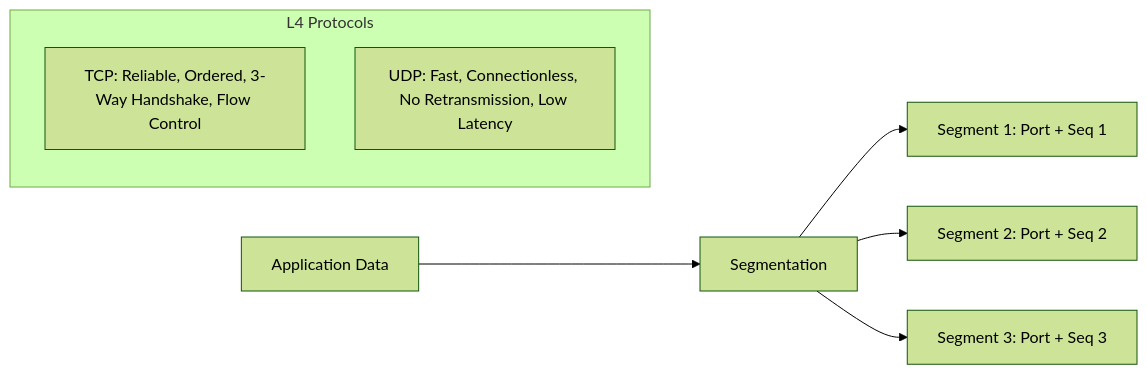
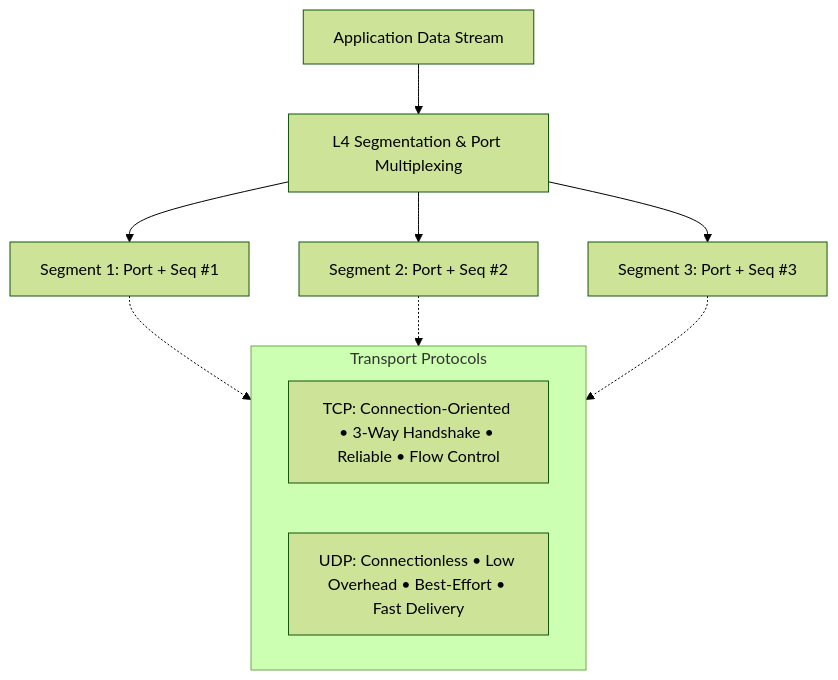
The third of 5 diagrams in 03-Computer-Networks/OSI-Model-7-Layers.md (rohithgowda18/Notes), drawn with Mermaid (forest theme) before and after one commit. The commit also changed other lines of this file, not shown here.

Commit message:
refactor: compact vertical mermaid diagrams and point-based structured technical explanations for OSI model

````diff
--- a/03-Computer-Networks/OSI-Model-7-Layers.md
+++ b/03-Computer-Networks/OSI-Model-7-Layers.md
@@ -140,12 +198,17 @@
 ```mermaid
-flowchart LR
-    L4Data["Application Data"] --> Split["Segmentation"]
-    Split --> S1["Segment 1: Port + Seq 1"]
-    Split --> S2["Segment 2: Port + Seq 2"]
-    Split --> S3["Segment 3: Port + Seq 3"]
+flowchart TD
+    AppStream["Application Data Stream"] --> Seg["L4 Segmentation & Port Multiplexing"]
+    Seg --> S1["Segment 1: Port + Seq #1"]
+    Seg --> S2["Segment 2: Port + Seq #2"]
+    Seg --> S3["Segment 3: Port + Seq #3"]
     
-    subgraph Protocols["L4 Protocols"]
-        TCP["TCP: Reliable, Ordered, 3-Way Handshake, Flow Control"]
-        UDP["UDP: Fast, Connectionless, No Retransmission, Low Latency"]
+    subgraph L4Protocols["Transport Protocols"]
+        direction LR
+        TCP["TCP: Connection-Oriented • 3-Way Handshake • Reliable • Flow Control"]
+        UDP["UDP: Connectionless • Low Overhead • Best-Effort • Fast Delivery"]
     end
+
+    S1 -.-> L4Protocols
+    S2 -.-> L4Protocols
+    S3 -.-> L4Protocols
 ```
````
